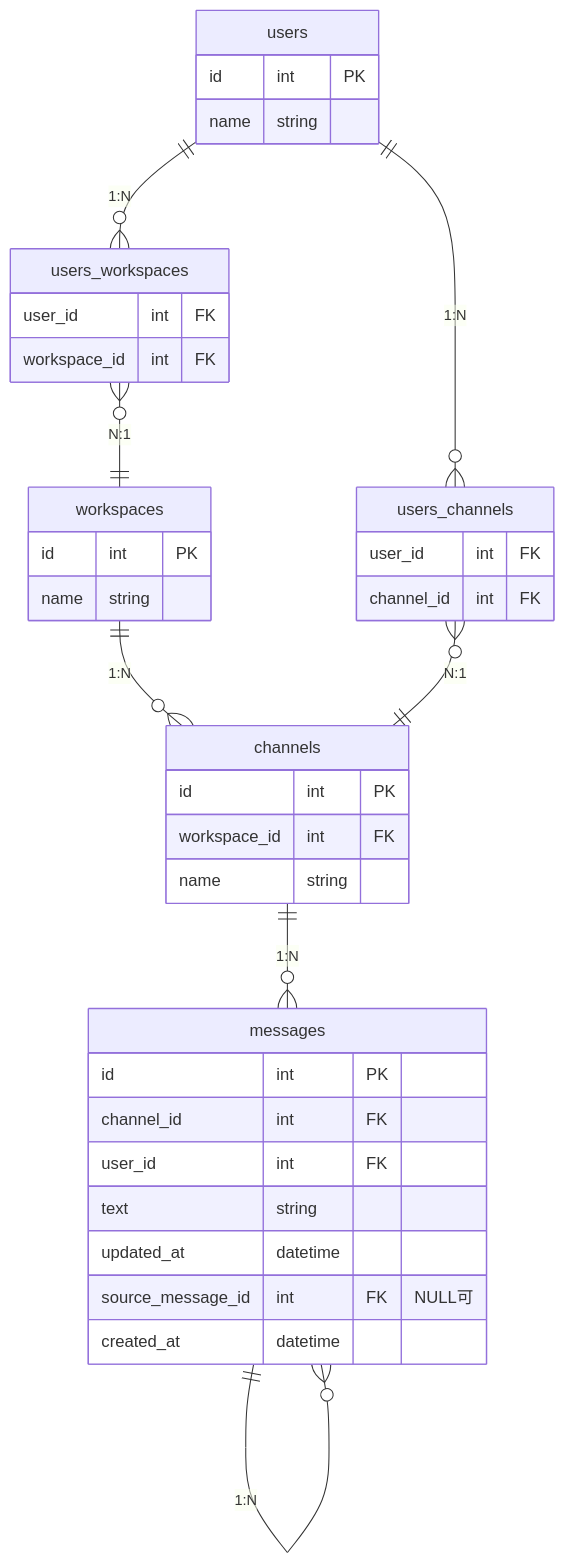
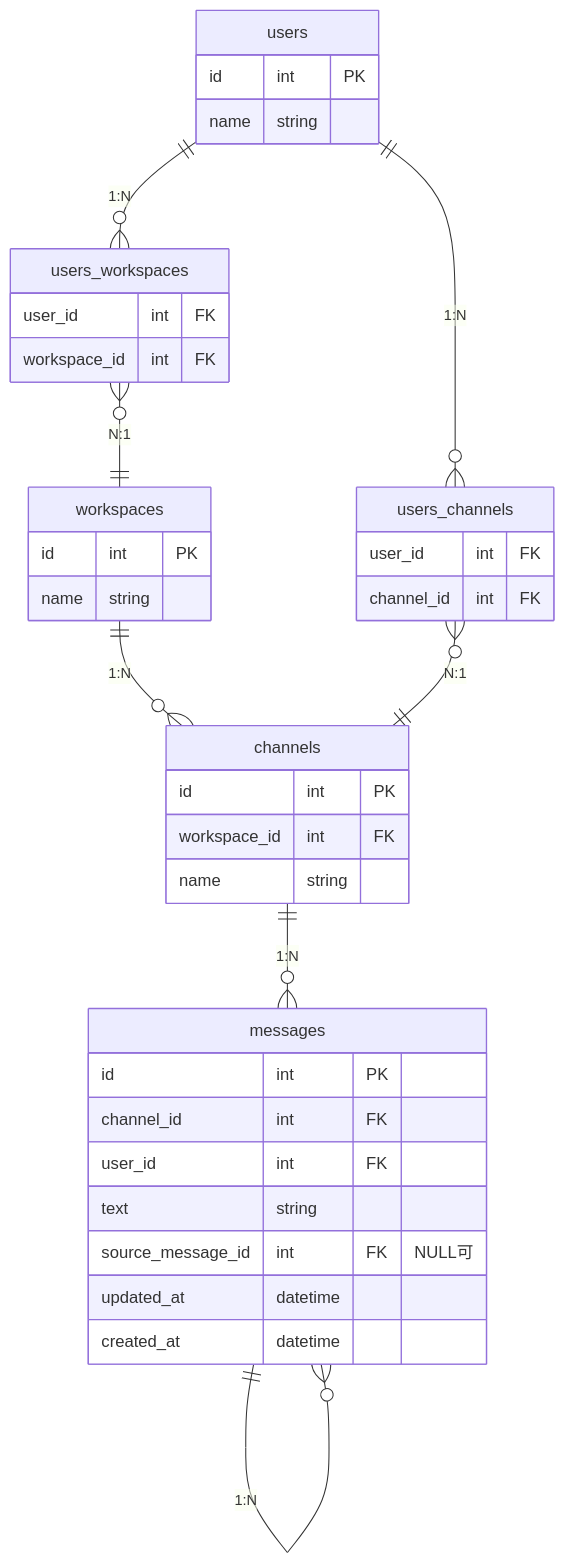
Before and after one commit to HitoroOhria/praha-challenge: the diagram in db/db-modeling-2/README.md, drawn with Mermaid. The commit also changed other lines of this file, not shown here.

````diff
--- a/db/db-modeling-2/README.md
+++ b/db/db-modeling-2/README.md
@@ -9,47 +9,47 @@
 ```mermaid
 erDiagram
 
 users ||--o{ users_workspaces : "1:N"
 users ||--o{ users_channels : "1:N"
 users {
     id int PK
     name string 
 }
 
 users_workspaces }o--|| workspaces : "N:1"
 users_workspaces {
     user_id int FK
     workspace_id int FK
 }
 
 workspaces ||--o{ channels : "1:N"
 workspaces {
     id int PK
     name string
 }
 
 users_channels }o--|| channels : "N:1"
 users_channels {
     user_id int FK
     channel_id int FK
 }
 
 channels ||--o{ messages : "1:N"
 channels {
     id int PK
     workspace_id int FK
     name string
 }
 
 messages ||--o{ messages : "1:N"
 messages {
     id int PK
     channel_id int FK
     user_id int FK
     text string
+    source_message_id int FK "NULL可"
     updated_at datetime
-    source_message_id int FK "NULL可"
     created_at datetime
 }
 
 ```
````
